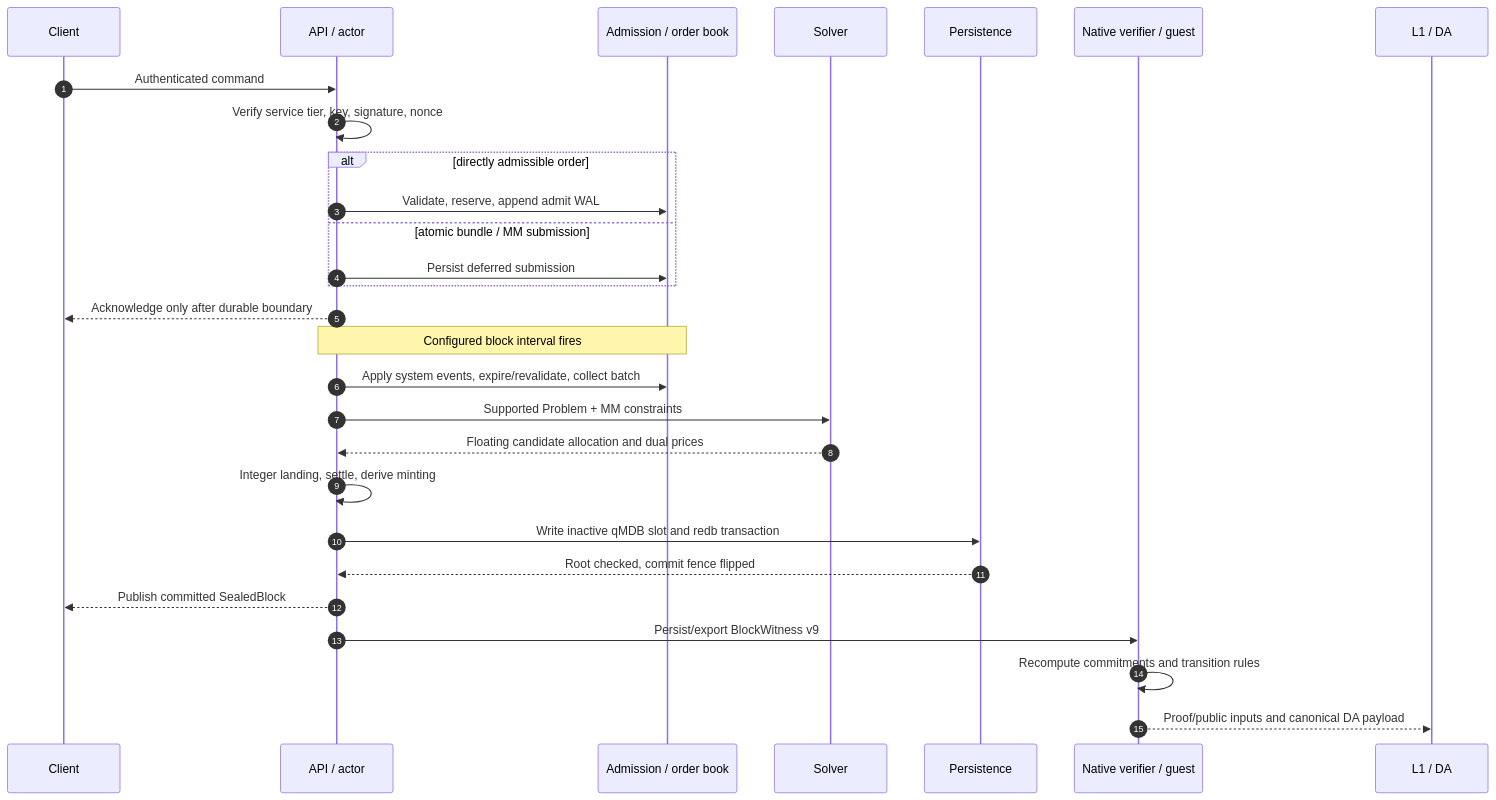
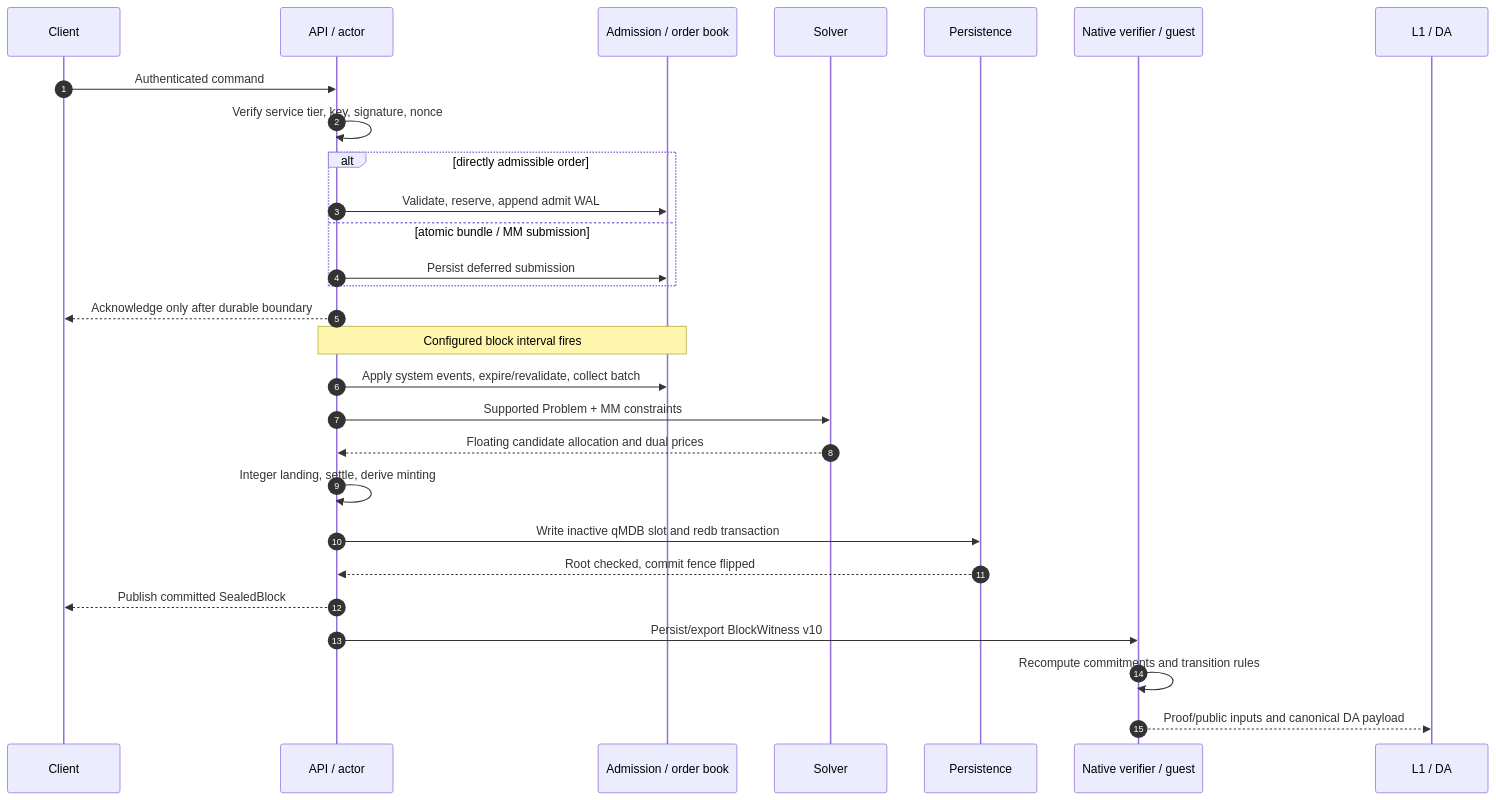
Before and after one commit to MetaB0y/sybil: the second of 2 diagrams in docs/architecture/Sybil Architecture.md, drawn with Mermaid. The commit also changed other lines of this file and 56 other files, not shown here.

````diff
--- a/docs/architecture/Sybil Architecture.md
+++ b/docs/architecture/Sybil Architecture.md
@@ -84,32 +84,32 @@
 ```mermaid
 sequenceDiagram
     autonumber
     participant C as Client
     participant A as API / actor
     participant O as Admission / order book
     participant S as Solver
     participant P as Persistence
     participant V as Native verifier / guest
     participant L as L1 / DA
 
     C->>A: Authenticated command
     A->>A: Verify service tier, key, signature, nonce
     alt directly admissible order
         A->>O: Validate, reserve, append admit WAL
     else atomic bundle / MM submission
         A->>O: Persist deferred submission
     end
     A-->>C: Acknowledge only after durable boundary
 
     Note over A,O: Configured block interval fires
     A->>O: Apply system events, expire/revalidate, collect batch
     A->>S: Supported Problem + MM constraints
     S-->>A: Floating candidate allocation and dual prices
     A->>A: Integer landing, settle, derive minting
     A->>P: Write inactive qMDB slot and redb transaction
     P-->>A: Root checked, commit fence flipped
     A-->>C: Publish committed SealedBlock
-    A->>V: Persist/export BlockWitness v9
+    A->>V: Persist/export BlockWitness v10
     V->>V: Recompute commitments and transition rules
     V-->>L: Proof/public inputs and canonical DA payload
 ```
````
